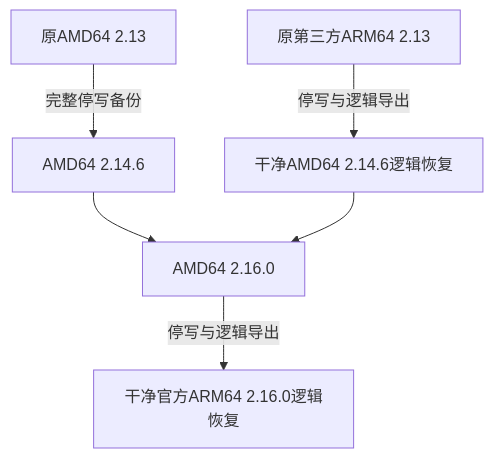
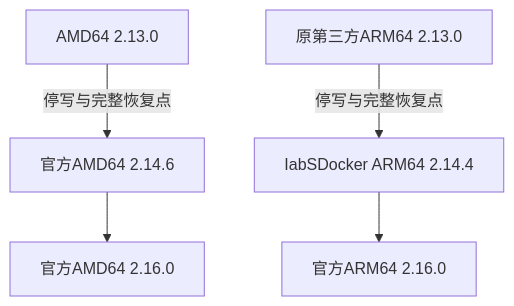
One commit to brinnatt/kubeauto changed the third of 3 diagrams in upgrade/v1.36.6/technical-whitepaper.md. Above: the diagram before and after it, drawn with Mermaid. The commit also changed other lines of this file and 31 other files, not shown here.

````diff
--- a/upgrade/v1.36.6/technical-whitepaper.md
+++ b/upgrade/v1.36.6/technical-whitepaper.md
@@ -149,8 +151,7 @@
 ```mermaid
 flowchart TD
-    A[原AMD64 2.13] -->|完整停写备份| B[AMD64 2.14.6]
-    B --> C[AMD64 2.16.0]
-    D[原第三方ARM64 2.13] -->|停写与逻辑导出| E[干净AMD64 2.14.6逻辑恢复]
-    E --> C
-    C -->|停写与逻辑导出| F[干净官方ARM64 2.16.0逻辑恢复]
+    A[AMD64 2.13.0] -->|停写与完整恢复点| B[官方AMD64 2.14.6]
+    B --> C[官方AMD64 2.16.0]
+    D[原第三方ARM64 2.13.0] -->|停写与完整恢复点| E[IabSDocker ARM64 2.14.4]
+    E --> F[官方ARM64 2.16.0]
 ```
````
